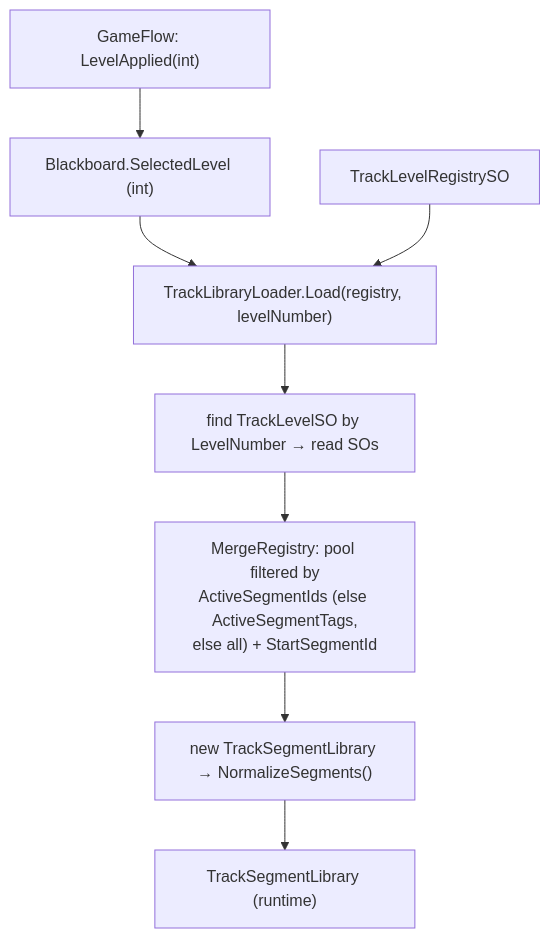
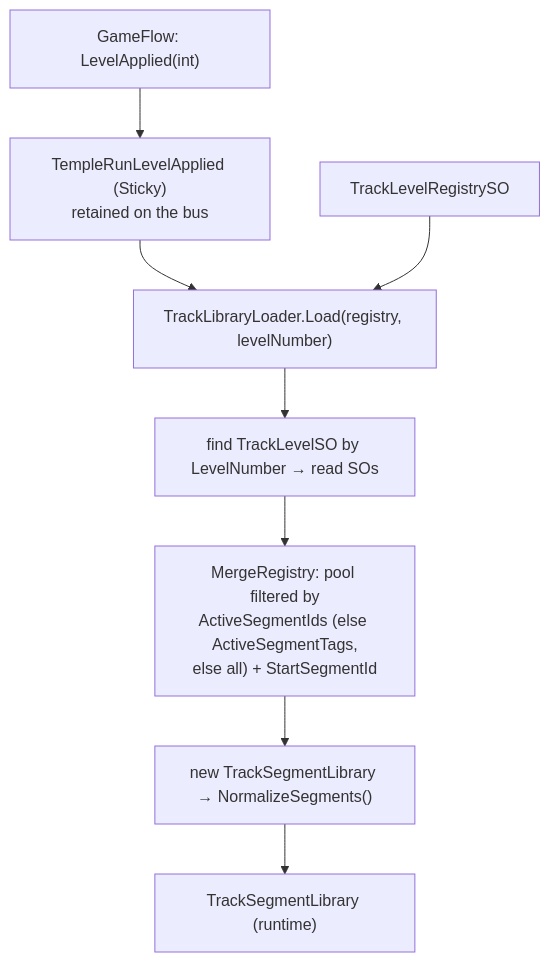
One commit to crawfis/EndlessRunnerTemplate changed the second of 2 diagrams in docs/TRACKS.md. Above: the diagram before and after it, drawn with Mermaid. The commit also changed other lines of this file and 8 other files, not shown here.

````diff
--- a/docs/TRACKS.md
+++ b/docs/TRACKS.md
@@ -59,10 +60,10 @@
 ```mermaid
 flowchart TD
-    SEL["GameFlow: LevelApplied(int)"] --> BB["Blackboard.SelectedLevel (int)"]
+    SEL["GameFlow: LevelApplied(int)"] --> BB["TempleRunLevelApplied (Sticky)<br/>retained on the bus"]
     BB --> LD["TrackLibraryLoader.Load(registry, levelNumber)"]
     REG["TrackLevelRegistrySO"] --> LD
     LD --> F["find TrackLevelSO by LevelNumber → read SOs"]
     F --> R["MergeRegistry: pool filtered by<br/>ActiveSegmentIds (else ActiveSegmentTags,<br/>else all) + StartSegmentId"]
     R --> N["new TrackSegmentLibrary → NormalizeSegments()"]
     N --> LIB["TrackSegmentLibrary (runtime)"]
 ```
````
